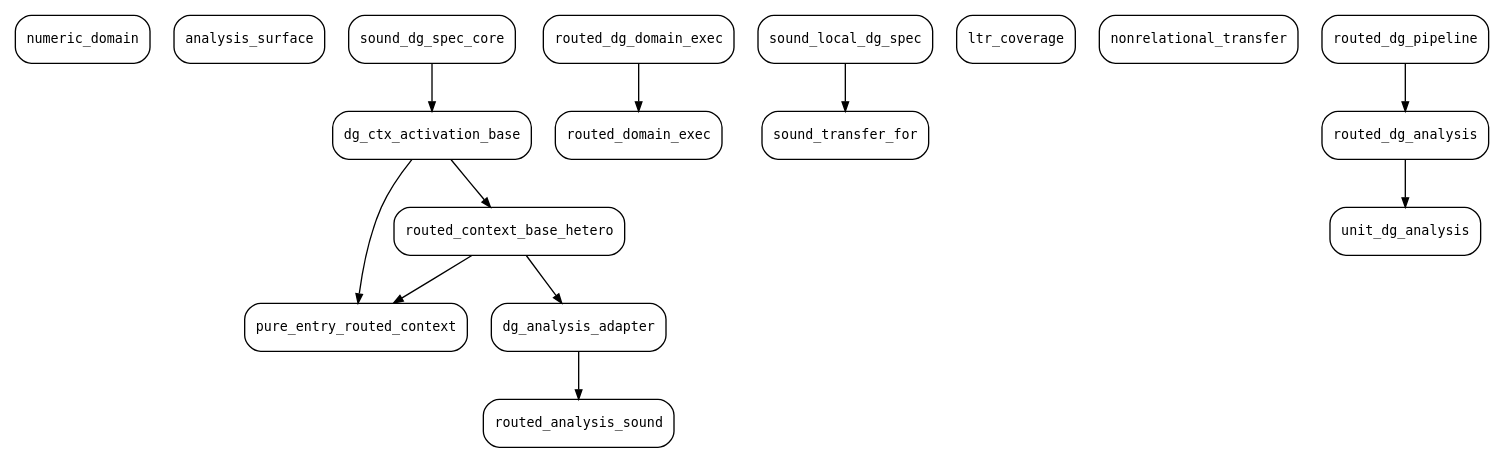
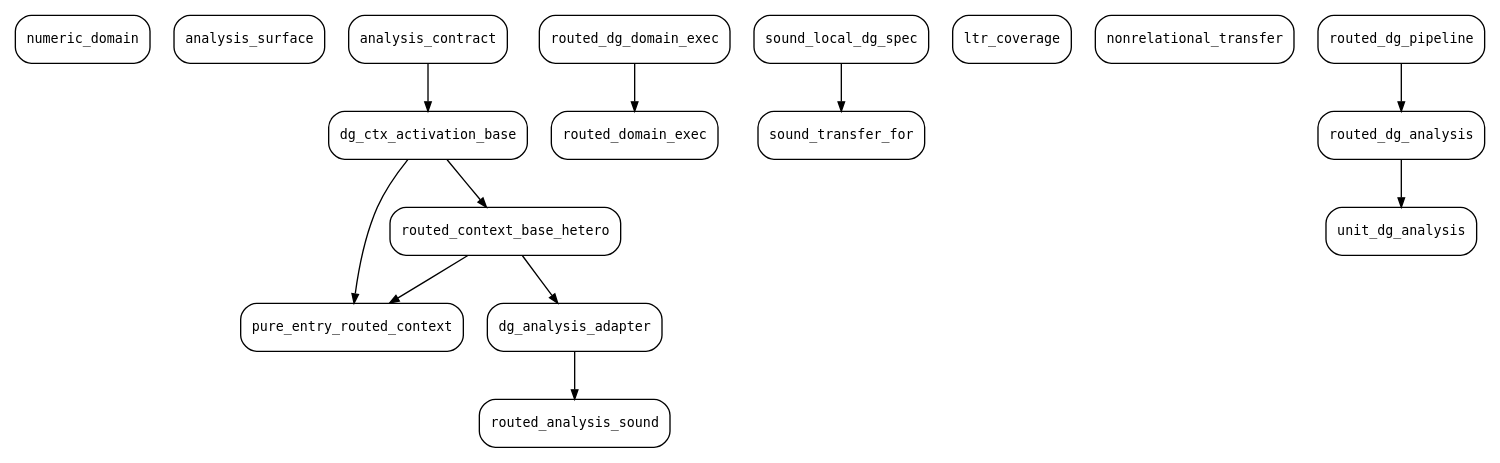
The diagram in thesis/shared/dot/locale_deps.dot (ManuelLerchner/Voblint-Verification-Master-Thesis), drawn with Graphviz before and after one commit. The commit also changed 38 other files, not shown here.

First line of the commit message:
refactor(framework): rename sound_dg_spec_core to analysis_contract

```diff
--- a/thesis/shared/dot/locale_deps.dot
+++ b/thesis/shared/dot/locale_deps.dot
@@ -1,31 +1,31 @@
 digraph locales {
   rankdir=TB;
   edge [arrowsize=0.7];
   "numeric_domain" [shape=box, style=rounded, fontname="DejaVu Sans Mono", fontsize=10];
   "analysis_surface" [shape=box, style=rounded, fontname="DejaVu Sans Mono", fontsize=10];
   "dg_analysis_adapter" [shape=box, style=rounded, fontname="DejaVu Sans Mono", fontsize=10];
   "dg_ctx_activation_base" [shape=box, style=rounded, fontname="DejaVu Sans Mono", fontsize=10];
   "routed_dg_domain_exec" [shape=box, style=rounded, fontname="DejaVu Sans Mono", fontsize=10];
   "sound_transfer_for" [shape=box, style=rounded, fontname="DejaVu Sans Mono", fontsize=10];
-  "sound_dg_spec_core" [shape=box, style=rounded, fontname="DejaVu Sans Mono", fontsize=10];
+  "analysis_contract" [shape=box, style=rounded, fontname="DejaVu Sans Mono", fontsize=10];
   "sound_local_dg_spec" [shape=box, style=rounded, fontname="DejaVu Sans Mono", fontsize=10];
   "pure_entry_routed_context" [shape=box, style=rounded, fontname="DejaVu Sans Mono", fontsize=10];
   "ltr_coverage" [shape=box, style=rounded, fontname="DejaVu Sans Mono", fontsize=10];
   "nonrelational_transfer" [shape=box, style=rounded, fontname="DejaVu Sans Mono", fontsize=10];
   "routed_analysis_sound" [shape=box, style=rounded, fontname="DejaVu Sans Mono", fontsize=10];
   "routed_context_base_hetero" [shape=box, style=rounded, fontname="DejaVu Sans Mono", fontsize=10];
   "routed_dg_analysis" [shape=box, style=rounded, fontname="DejaVu Sans Mono", fontsize=10];
   "routed_dg_pipeline" [shape=box, style=rounded, fontname="DejaVu Sans Mono", fontsize=10];
   "routed_domain_exec" [shape=box, style=rounded, fontname="DejaVu Sans Mono", fontsize=10];
   "unit_dg_analysis" [shape=box, style=rounded, fontname="DejaVu Sans Mono", fontsize=10];
   "routed_context_base_hetero" -> "dg_analysis_adapter";
-  "sound_dg_spec_core" -> "dg_ctx_activation_base";
+  "analysis_contract" -> "dg_ctx_activation_base";
   "sound_local_dg_spec" -> "sound_transfer_for";
   "routed_context_base_hetero" -> "pure_entry_routed_context";
   "dg_ctx_activation_base" -> "pure_entry_routed_context";
   "dg_analysis_adapter" -> "routed_analysis_sound";
   "dg_ctx_activation_base" -> "routed_context_base_hetero";
   "routed_dg_pipeline" -> "routed_dg_analysis";
   "routed_dg_domain_exec" -> "routed_domain_exec";
   "routed_dg_analysis" -> "unit_dg_analysis";
 }
```
